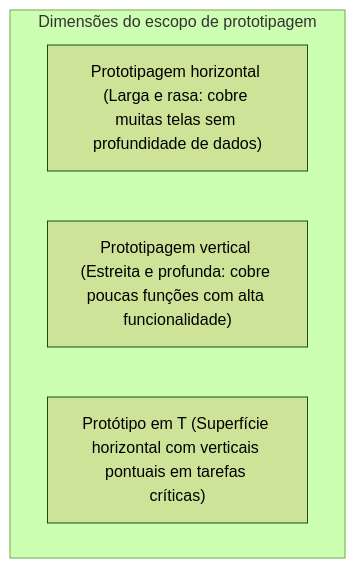
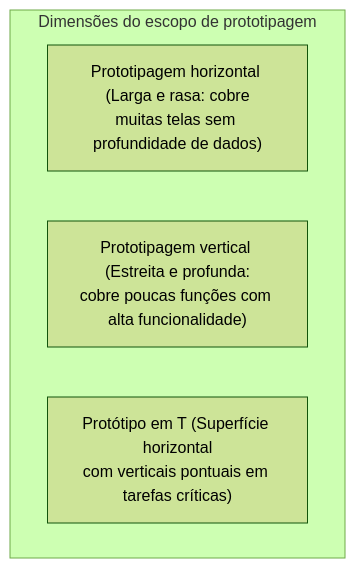
One commit to leorruas/puc changed the second of 3 diagrams in 08. Design de Interacao/13. Prototipagem de sistemas interativos - fidelidade, dimensão, wireframe, mockup e storyboard.md. Above: the diagram before and after it, drawn with Mermaid (forest theme). The commit also changed 16 other files, not shown here.

Commit message:
style(mermaid): comprehensive audit and optimization of 45 Mermaid blocks across all 22 topic notes

````diff
--- a/08. Design de Interacao/13. Prototipagem de sistemas interativos - fidelidade, dimensão, wireframe, mockup e storyboard.md
+++ b/08. Design de Interacao/13. Prototipagem de sistemas interativos - fidelidade, dimensão, wireframe, mockup e storyboard.md
@@ -118,8 +118,8 @@
 ```mermaid
 graph TD
     subgraph Escopo ["Dimensões do escopo de prototipagem"]
-        H["Prototipagem horizontal (Larga e rasa: cobre muitas telas sem profundidade de dados)"]
-        V["Prototipagem vertical (Estreita e profunda: cobre poucas funções com alta funcionalidade)"]
-        T["Protótipo em T (Superfície horizontal com verticais pontuais em tarefas críticas)"]
+        H["Prototipagem horizontal (Larga e rasa: cobre<br>muitas telas sem profundidade de dados)"]
+        V["Prototipagem vertical (Estreita e profunda:<br>cobre poucas funções com alta funcionalidade)"]
+        T["Protótipo em T (Superfície horizontal<br>com verticais pontuais em tarefas críticas)"]
     end
 ```
````
